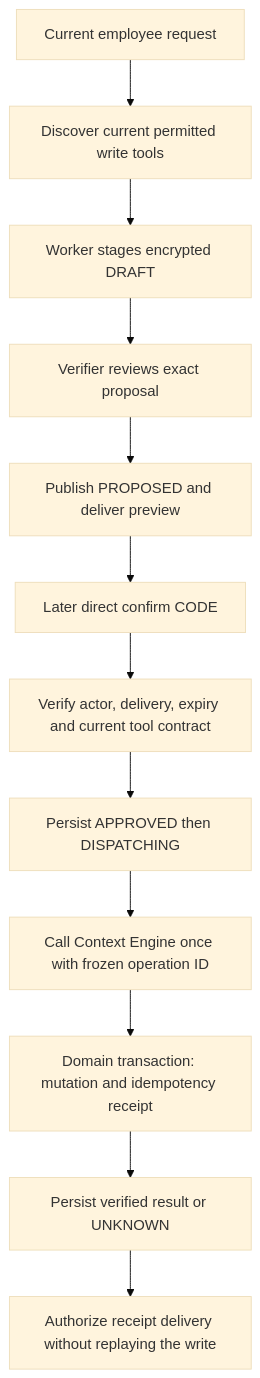
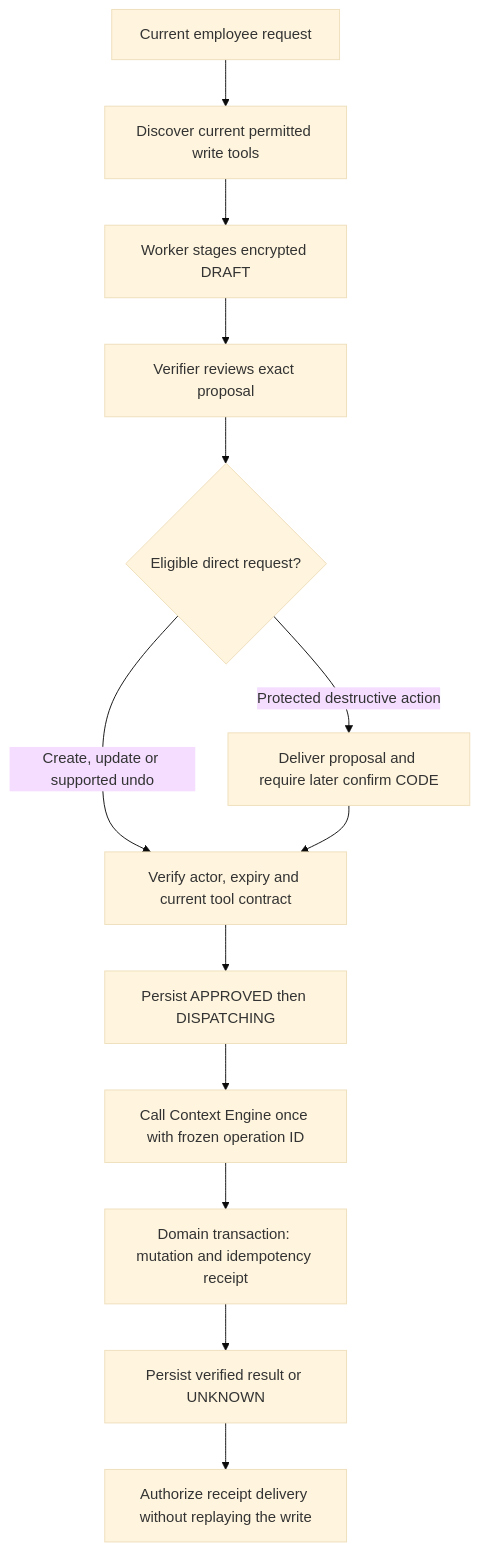
One commit to rs0125/ramesh-bot changed the diagram in docs/business-writes.md. Above: the diagram before and after it, drawn with Mermaid (base theme). The commit also changed other lines of this file and 23 other files, not shown here.

````diff
--- a/docs/business-writes.md
+++ b/docs/business-writes.md
@@ -13,14 +13,15 @@
 ```mermaid
 flowchart TD
   A[Current employee request] --> B[Discover current permitted write tools]
   B --> C[Worker stages encrypted DRAFT]
   C --> D[Verifier reviews exact proposal]
-  D --> E[Publish PROPOSED and deliver preview]
-  E --> F[Later direct confirm CODE]
-  F --> G[Verify actor, delivery, expiry and current tool contract]
+  D --> E{Eligible direct request?}
+  E -->|Create, update or supported undo| G[Verify actor, expiry and current tool contract]
+  E -->|Protected destructive action| F[Deliver proposal and require later confirm CODE]
+  F --> G
   G --> H[Persist APPROVED then DISPATCHING]
   H --> I[Call Context Engine once with frozen operation ID]
   I --> J[Domain transaction: mutation and idempotency receipt]
   J --> K[Persist verified result or UNKNOWN]
   K --> L[Authorize receipt delivery without replaying the write]
 ```
````
